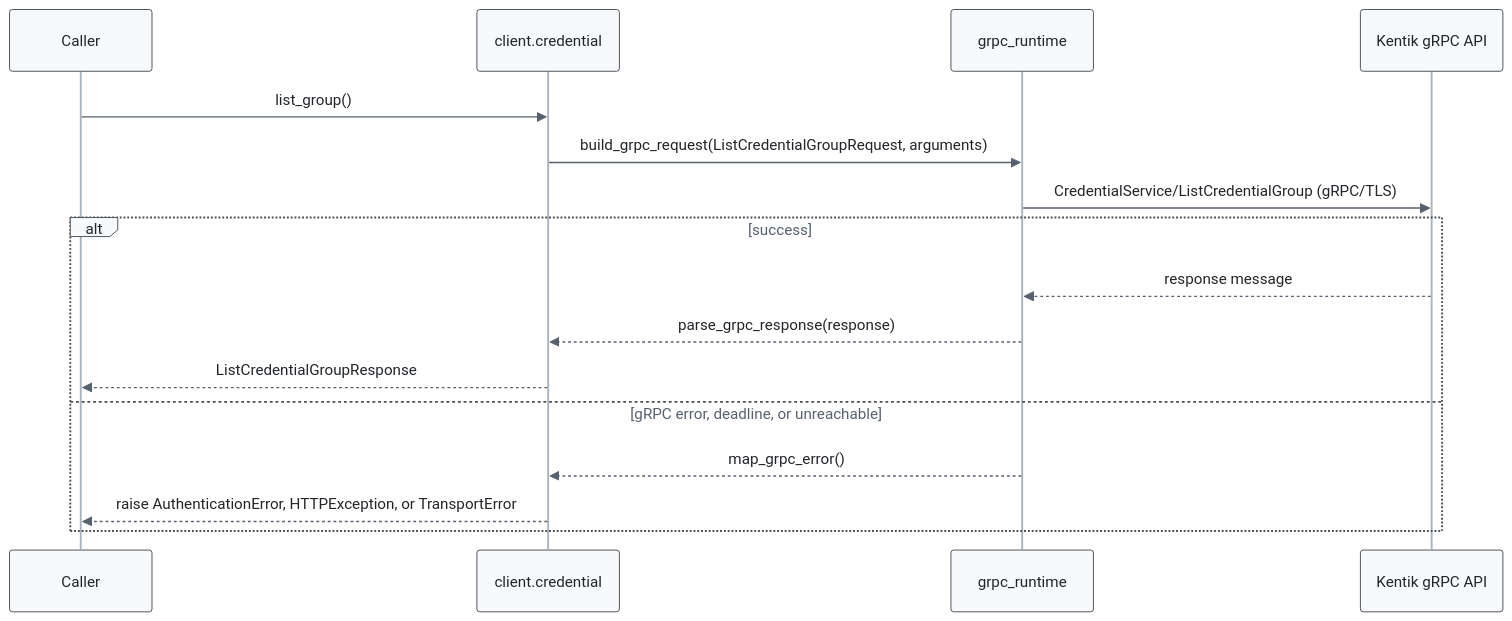
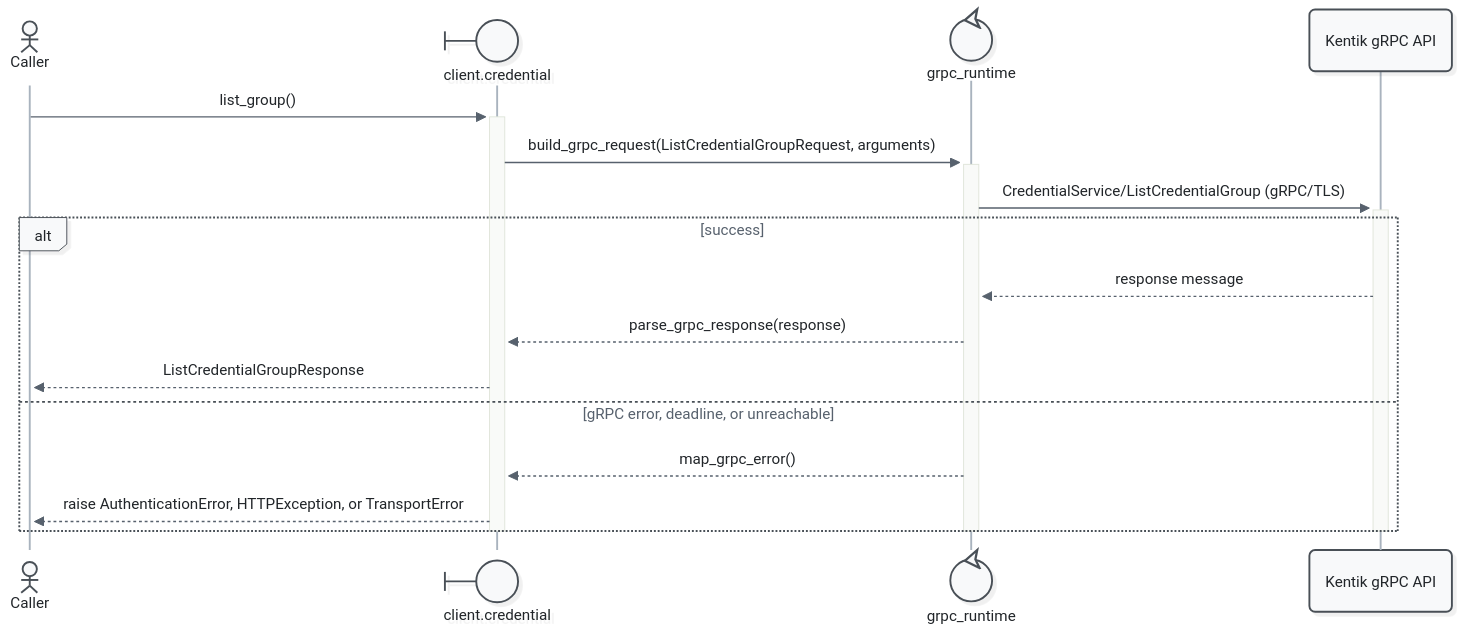
One commit to alexdearaujo/community_sdk_python changed the second of 5 diagrams in docs/sphinx/services/credential.md. Above: the diagram before and after it, drawn with Mermaid. The commit also changed other lines of this file and 52 other files, not shown here.

First line of the commit message:
docs: Mermaid 12 sequence diagrams with participant types and path colors

````diff
--- a/docs/sphinx/services/credential.md
+++ b/docs/sphinx/services/credential.md
@@ -55,20 +57,23 @@
 ```mermaid
-%%{init: {"theme": "base", "fontFamily": "ui-monospace, SFMono-Regular, Menlo, monospace", "themeVariables": {"fontFamily": "ui-monospace, SFMono-Regular, Menlo, monospace", "primaryColor": "#f8f9fa", "primaryBorderColor": "#495057", "primaryTextColor": "#212529", "textColor": "#212529", "lineColor": "#77818c", "edgeLabelBackground": "#ffffff", "actorBkg": "#f8f9fa", "actorBorder": "#495057", "actorTextColor": "#212529", "actorLineColor": "#a9b3be", "signalColor": "#57616d", "signalTextColor": "#212529", "labelBoxBkgColor": "#f8f9fa", "labelBoxBorderColor": "#495057", "labelTextColor": "#212529", "loopTextColor": "#57616d", "noteBkgColor": "#fff9db", "noteBorderColor": "#f08c00", "noteTextColor": "#a35a00"}, "flowchart": {"curve": "step", "nodeSpacing": 30, "rankSpacing": 70, "wrappingWidth": 400}}}%%
+%%{init: {"theme": "redux", "look": "neo", "layout": "dagre", "fontFamily": "ui-monospace, SFMono-Regular, Menlo, monospace", "themeVariables": {"fontFamily": "ui-monospace, SFMono-Regular, Menlo, monospace", "primaryColor": "#f8f9fa", "primaryBorderColor": "#495057", "primaryTextColor": "#212529", "textColor": "#212529", "lineColor": "#77818c", "edgeLabelBackground": "#ffffff", "actorBkg": "#f8f9fa", "actorBorder": "#495057", "actorTextColor": "#212529", "actorLineColor": "#a9b3be", "signalColor": "#57616d", "signalTextColor": "#212529", "labelBoxBkgColor": "#f8f9fa", "labelBoxBorderColor": "#495057", "labelTextColor": "#212529", "loopTextColor": "#57616d", "noteBkgColor": "#fff9db", "noteBorderColor": "#f08c00", "noteTextColor": "#a35a00"}, "sequence": {"activationWidth": 16}, "flowchart": {"curve": "step", "nodeSpacing": 30, "rankSpacing": 70, "wrappingWidth": 400}}}%%
 sequenceDiagram
-    participant C as Caller
-    participant W as client.credential
-    participant R as grpc_runtime
+    actor C as Caller
+    participant W@{ "type": "boundary" } as client.credential
+    participant R@{ "type": "control" } as grpc_runtime
     participant API as Kentik gRPC API
 
-    C->>W: list_group()
-    W->>R: build_grpc_request(ListCredentialGroupRequest, arguments)
-    R->>API: CredentialService/ListCredentialGroup (gRPC/TLS)
+    C->>+W: list_group()
+    W->>+R: build_grpc_request(ListCredentialGroupRequest, arguments)
+    R->>+API: CredentialService/ListCredentialGroup (gRPC/TLS)
     alt success
         API-->>R: response message
         R-->>W: parse_grpc_response(response)
         W-->>C: ListCredentialGroupResponse
     else gRPC error, deadline, or unreachable
         R-->>W: map_grpc_error()
         W-->>C: raise AuthenticationError, HTTPException, or TransportError
     end
+    deactivate API
+    deactivate R
+    deactivate W
 ```
````
